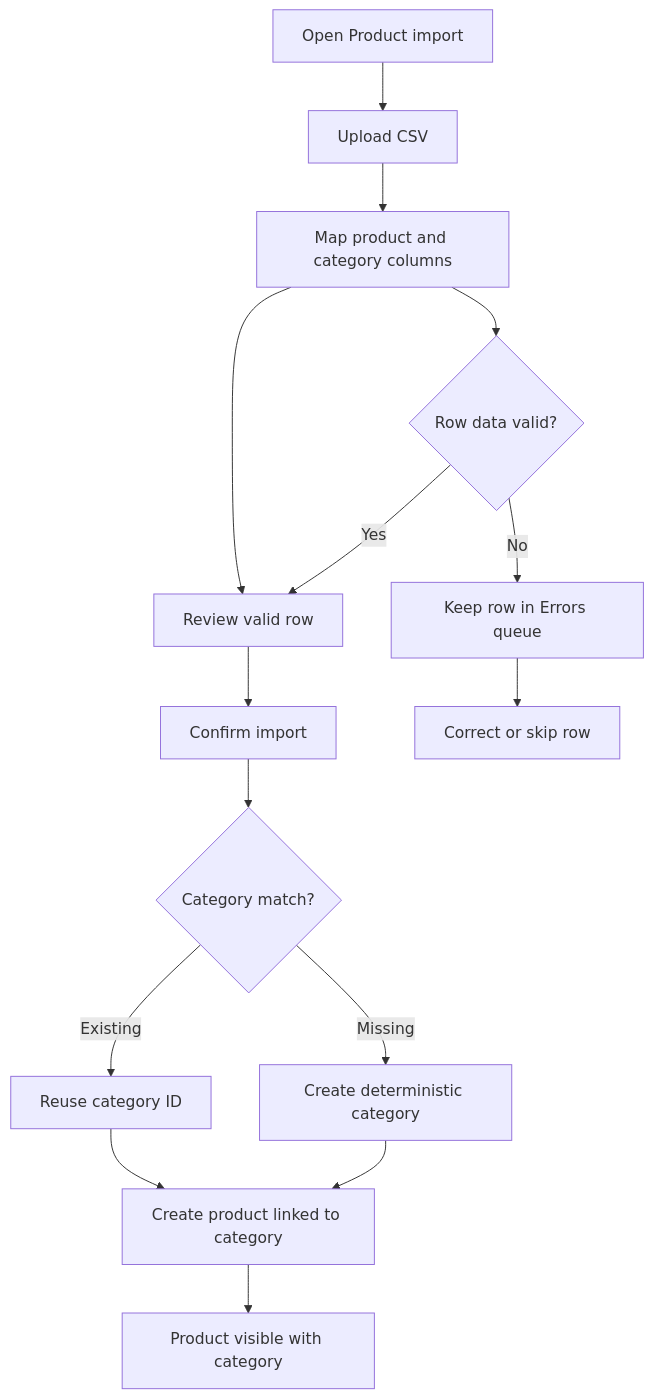
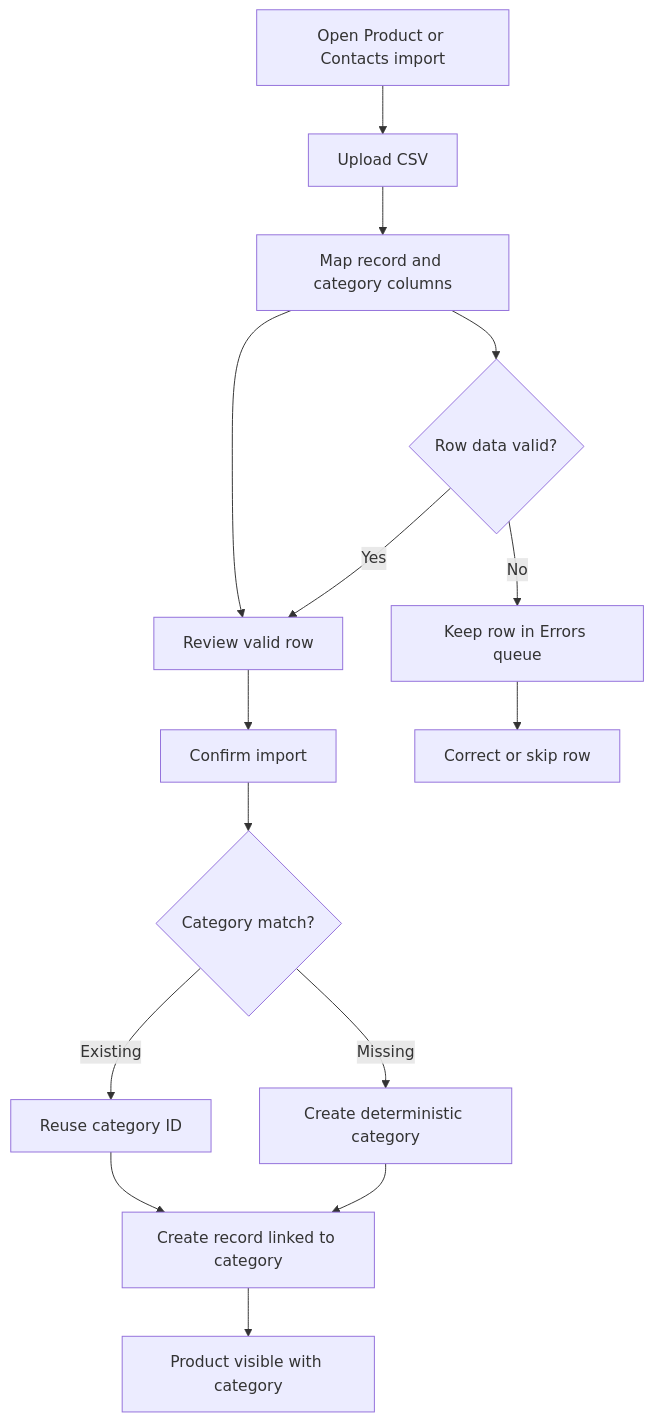
Before and after one commit to etendosoftware/etendo_schema_forge: the diagram in artifacts/delivery-evidence/ETP-4905/README.md, drawn with Mermaid. The commit also changed other lines of this file and 16 other files, not shown here.

First line of the commit message:
Feature ETP-4905: Add Contacts category import evidence

````diff
--- a/artifacts/delivery-evidence/ETP-4905/README.md
+++ b/artifacts/delivery-evidence/ETP-4905/README.md
@@ -28,17 +31,17 @@
 ```mermaid
 flowchart TD
-  A[Open Product import] --> B[Upload CSV]
-  B --> C[Map product and category columns]
+  A[Open Product or Contacts import] --> B[Upload CSV]
+  B --> C[Map record and category columns]
   C --> D[Review valid row]
   D --> E[Confirm import]
   E --> F{Category match?}
   F -->|Existing| G[Reuse category ID]
   F -->|Missing| H[Create deterministic category]
-  G --> I[Create product linked to category]
+  G --> I[Create record linked to category]
   H --> I
   I --> J[Product visible with category]
   C --> K{Row data valid?}
   K -->|No| L[Keep row in Errors queue]
   K -->|Yes| D
   L --> M[Correct or skip row]
 ```
````
